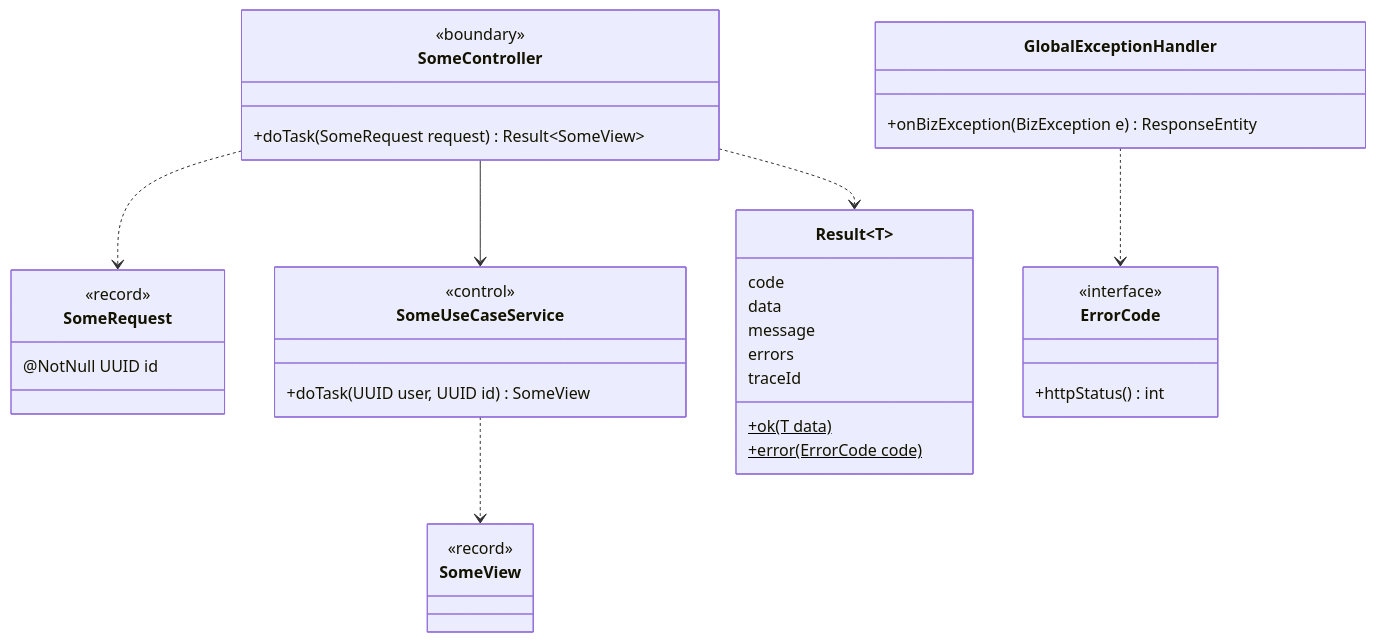
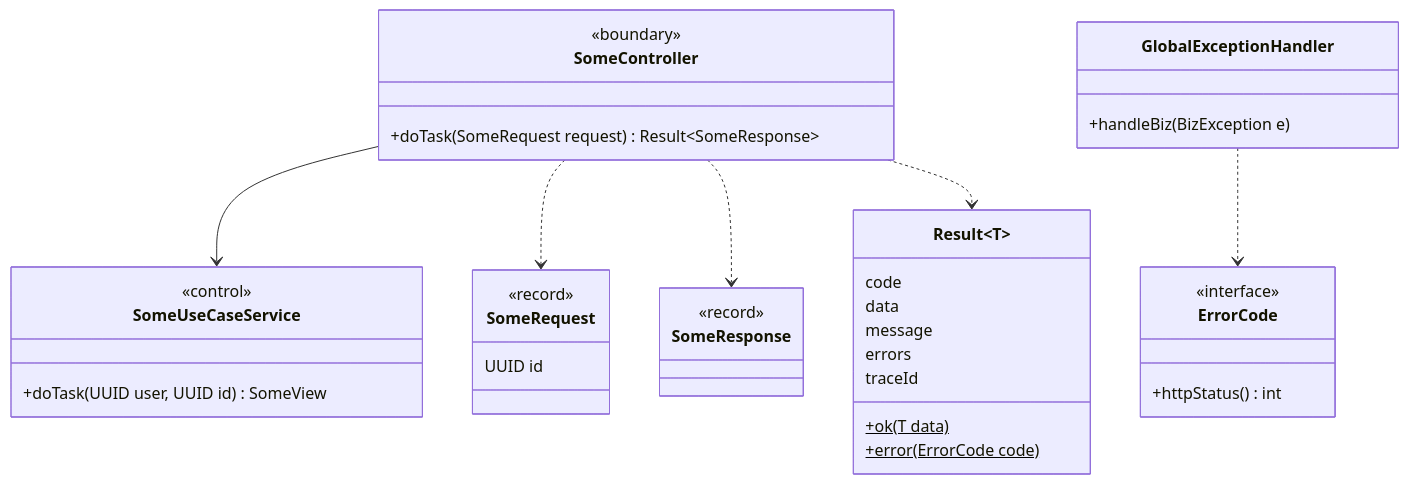
Before and after one commit to PPsyrius/iss-groupbuy-team8: the fifth of 14 diagrams in docs/swe5006/report-drafts/transition-strategies.md, drawn with Mermaid. The commit also changed other lines of this file and 1 other file, not shown here.

````diff
--- a/docs/swe5006/report-drafts/transition-strategies.md
+++ b/docs/swe5006/report-drafts/transition-strategies.md
@@ -215,39 +211,39 @@
 ```mermaid
 classDiagram
     class SomeController {
         <<boundary>>
-        +doTask(SomeRequest request) Result~SomeView~
+        +doTask(SomeRequest request) Result~SomeResponse~
     }
     class SomeRequest {
         <<record>>
-        @NotNull UUID id
+        UUID id
+    }
+    class SomeResponse {
+        <<record>>
     }
     class SomeUseCaseService {
         <<control>>
         +doTask(UUID user, UUID id) SomeView
-    }
-    class SomeView {
-        <<record>>
     }
     class Result~T~ {
         code
         data
         message
         errors
         traceId
         +ok(T data)$
         +error(ErrorCode code)$
     }
     class GlobalExceptionHandler {
-        +onBizException(BizException e) ResponseEntity
+        +handleBiz(BizException e)
     }
     class ErrorCode {
         <<interface>>
         +httpStatus() int
     }
     SomeController --> SomeUseCaseService
     SomeController ..> SomeRequest
+    SomeController ..> SomeResponse
     SomeController ..> Result
-    SomeUseCaseService ..> SomeView
     GlobalExceptionHandler ..> ErrorCode
 ```
````
